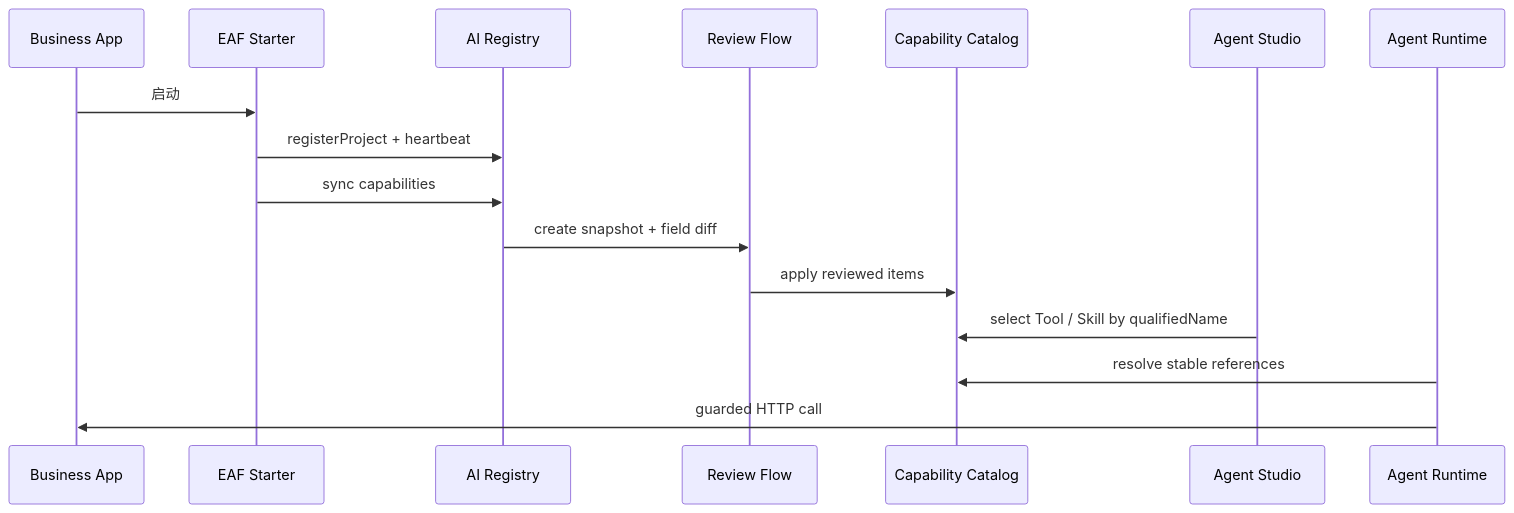
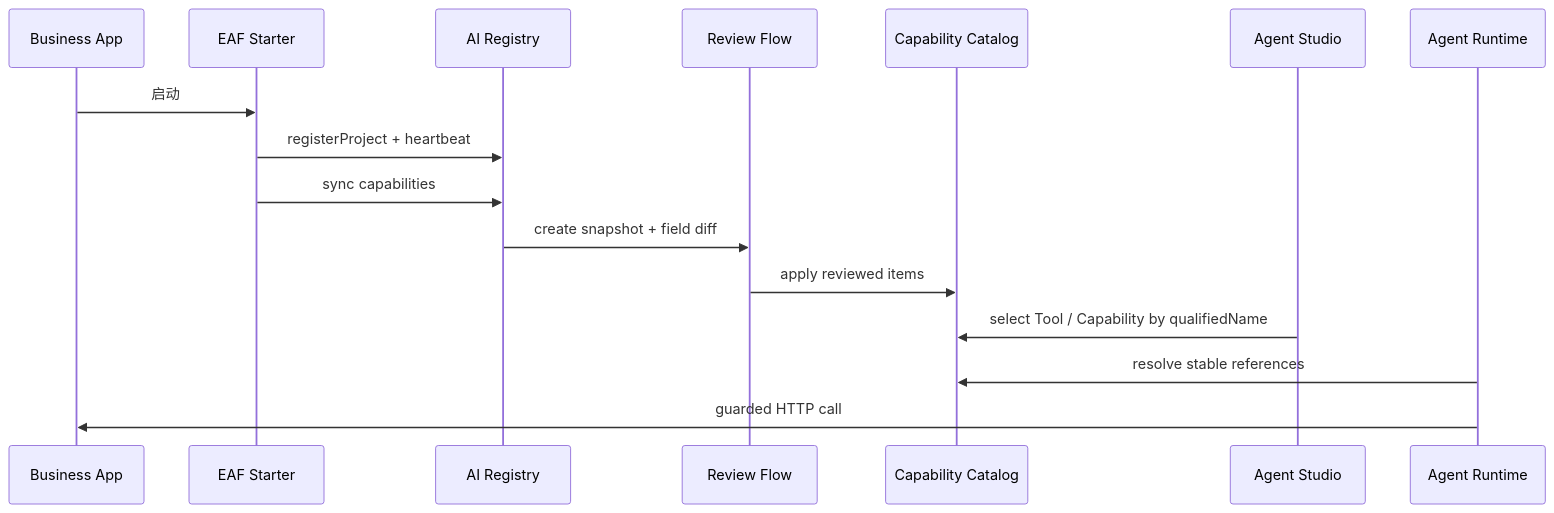
The second of 2 diagrams in README.md (w8123/EnterpriseAgentFramework), drawn with Mermaid before and after one commit. The commit also changed other lines of this file and 2186 other files, not shown here.

````diff
--- a/README.md
+++ b/README.md
@@ -169,19 +169,19 @@
 ```mermaid
 sequenceDiagram
   participant App as Business App
   participant Starter as EAF Starter
   participant Registry as AI Registry
   participant Review as Review Flow
   participant Catalog as Capability Catalog
   participant Studio as Agent Studio
   participant Runtime as Agent Runtime
 
   App->>Starter: 启动
   Starter->>Registry: registerProject + heartbeat
   Starter->>Registry: sync capabilities
   Registry->>Review: create snapshot + field diff
   Review->>Catalog: apply reviewed items
-  Studio->>Catalog: select Tool / Skill by qualifiedName
+  Studio->>Catalog: select Tool / Capability by qualifiedName
   Runtime->>Catalog: resolve stable references
   Runtime->>App: guarded HTTP call
 ```
````
